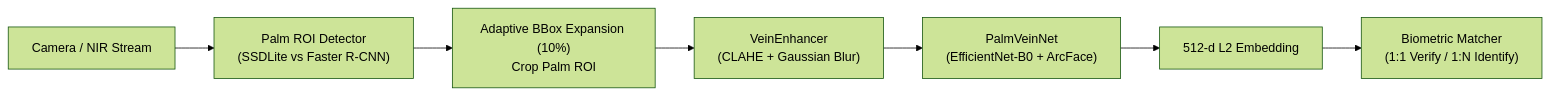
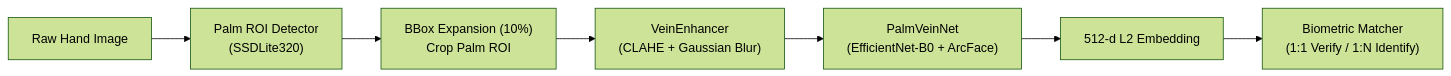
One commit to neitpm/Palm-Vein-Recognition-Benchmark changed the second of 2 diagrams in README.md. Above: the diagram before and after it, drawn with Mermaid (forest theme). The commit also changed other lines of this file and 2 other files, not shown here.

Commit message:
docs: enrich README with dual model pipelines, comparison charts, and detailed benchmark analysis

````diff
--- a/README.md
+++ b/README.md
@@ -39,9 +52,9 @@
 ```mermaid
 flowchart LR
-    A["Camera / NIR Stream"] --> B["Palm ROI Detector\n(SSDLite vs Faster R-CNN)"]
-    B --> C["Adaptive BBox Expansion (10%)\nCrop Palm ROI"]
+    A["Raw Hand Image"] --> B["Palm ROI Detector\n(SSDLite320)"]
+    B --> C["BBox Expansion (10%)\nCrop Palm ROI"]
     C --> D["VeinEnhancer\n(CLAHE + Gaussian Blur)"]
     D --> E["PalmVeinNet\n(EfficientNet-B0 + ArcFace)"]
     E --> F["512-d L2 Embedding"]
     F --> G["Biometric Matcher\n(1:1 Verify / 1:N Identify)"]
 ```
````
